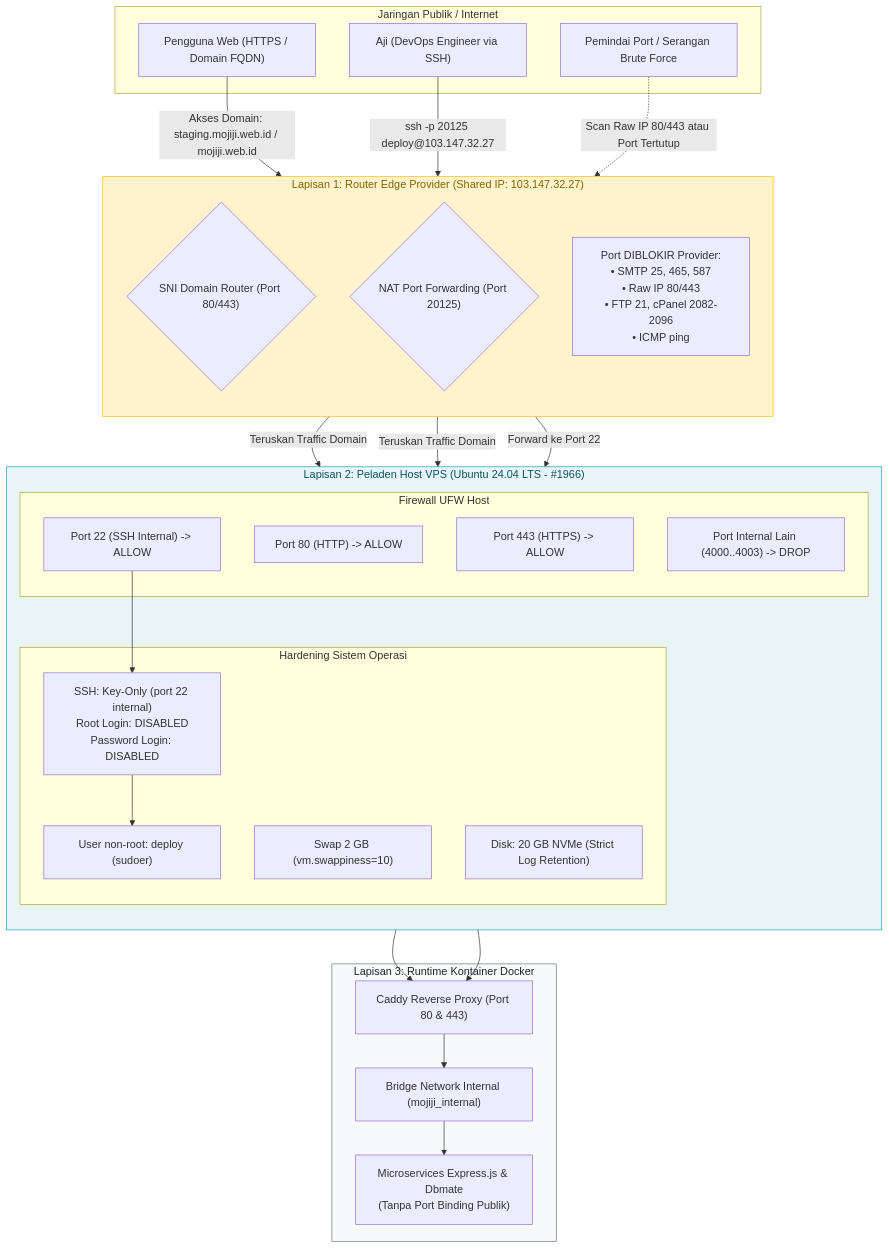
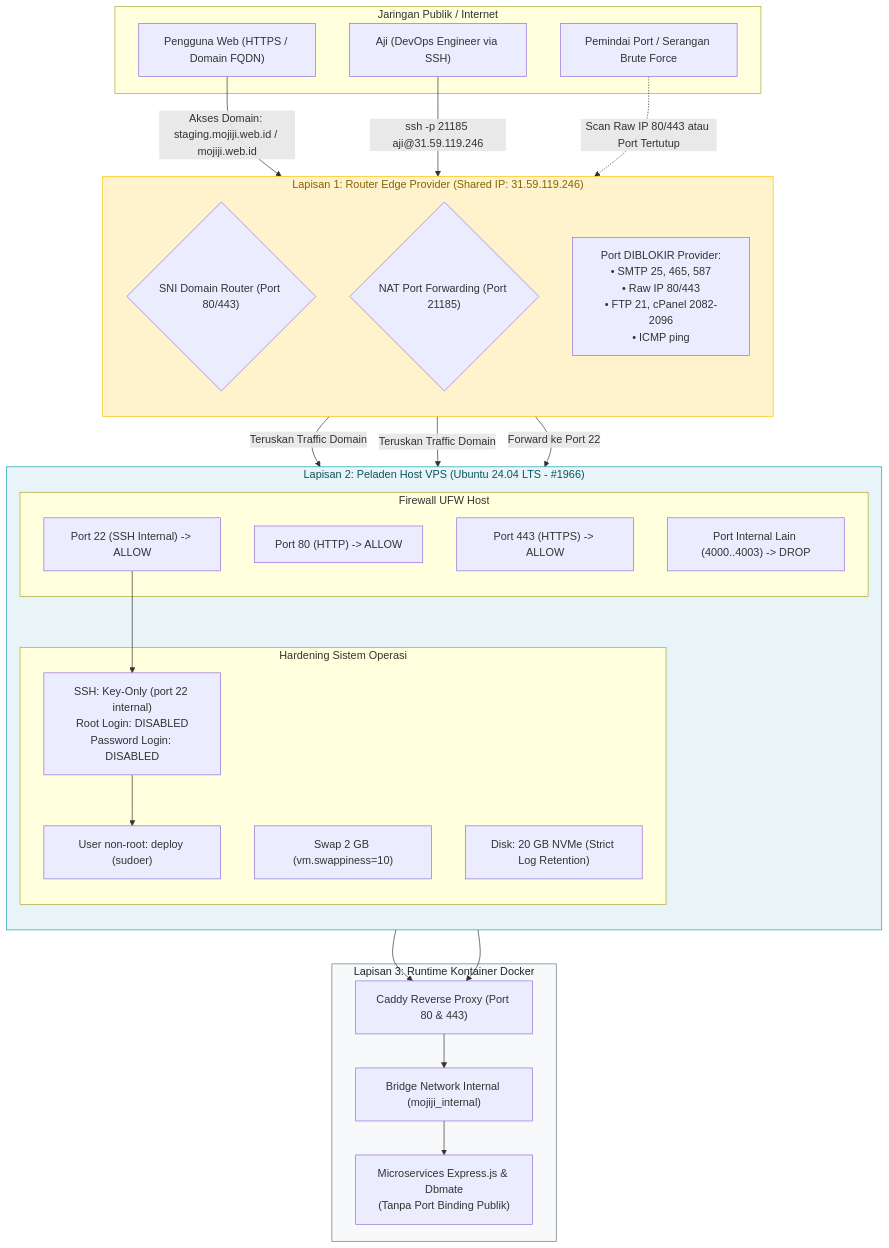
One commit to aji-banyu/mojiji-animelist changed the diagram in docs/deployment/setup-vps.md. Above: the diagram before and after it, drawn with Mermaid. The commit also changed other lines of this file and 10 other files, not shown here.

Commit message:
chore(ops): migrasi ip publik 31.59.119.246 dan port ssh 21185 pada ci-cd dan dokumentasi

````diff
--- a/docs/deployment/setup-vps.md
+++ b/docs/deployment/setup-vps.md
@@ -17,51 +17,51 @@
 ```mermaid
 flowchart TD
     subgraph PUBLIC_INTERNET ["Jaringan Publik / Internet"]
         User["Pengguna Web (HTTPS / Domain FQDN)"]
         Hacker["Pemindai Port / Serangan Brute Force"]
         DevOps["Aji (DevOps Engineer via SSH)"]
     end
 
-    subgraph PROVIDER_EDGE ["Lapisan 1: Router Edge Provider (Shared IP: 103.147.32.27)"]
+    subgraph PROVIDER_EDGE ["Lapisan 1: Router Edge Provider (Shared IP: 31.59.119.246)"]
         direction TB
         SNI_ROUTER{"SNI Domain Router (Port 80/443)"}
-        NAT_FORWARD{"NAT Port Forwarding (Port 20125)"}
+        NAT_FORWARD{"NAT Port Forwarding (Port 21185)"}
         BLOCKED_PORTS["Port DIBLOKIR Provider:\n• SMTP 25, 465, 587\n• Raw IP 80/443\n• FTP 21, cPanel 2082-2096\n• ICMP ping"]
     end
 
     subgraph VPS_HOST ["Lapisan 2: Peladen Host VPS (Ubuntu 24.04 LTS - #1966)"]
         direction TB
         subgraph UFW ["Firewall UFW Host"]
             FW_SSH["Port 22 (SSH Internal) -> ALLOW"]
             FW_HTTP["Port 80 (HTTP) -> ALLOW"]
             FW_HTTPS["Port 443 (HTTPS) -> ALLOW"]
             FW_DROP["Port Internal Lain (4000..4003) -> DROP"]
         end
         
         subgraph OS_HARDENING ["Hardening Sistem Operasi"]
             SSH_DAEMON["SSH: Key-Only (port 22 internal)\nRoot Login: DISABLED\nPassword Login: DISABLED"]
             USER_DEPLOY["User non-root: deploy (sudoer)"]
             SWAP_SPACE["Swap 2 GB (vm.swappiness=10)"]
             DISK_NVME["Disk: 20 GB NVMe (Strict Log Retention)"]
         end
     end
 
     subgraph DOCKER_RUNTIME ["Lapisan 3: Runtime Kontainer Docker"]
         CADDY["Caddy Reverse Proxy (Port 80 & 443)"]
         INTERNAL_NET["Bridge Network Internal (mojiji_internal)"]
         SERVICES["Microservices Express.js & Dbmate\n(Tanpa Port Binding Publik)"]
     end
 
     User -->|Akses Domain: staging.mojiji.web.id / mojiji.web.id| SNI_ROUTER
     SNI_ROUTER -->|Teruskan Traffic Domain| FW_HTTP & FW_HTTPS --> CADDY
     
-    DevOps -->|ssh -p 20125 deploy@103.147.32.27| NAT_FORWARD
+    DevOps -->|ssh -p 21185 aji@31.59.119.246| NAT_FORWARD
     NAT_FORWARD -->|Forward ke Port 22| FW_SSH --> SSH_DAEMON --> USER_DEPLOY
     
     Hacker -.->|Scan Raw IP 80/443 atau Port Tertutup| BLOCKED_PORTS
     CADDY --> INTERNAL_NET --> SERVICES
 
     style PROVIDER_EDGE fill:#fff3cd,stroke:#ffc107,color:#856404
     style VPS_HOST fill:#e8f4f8,stroke:#17a2b8,color:#0c5460
     style DOCKER_RUNTIME fill:#f8f9fa,stroke:#6c757d,color:#212529
 ```
````
